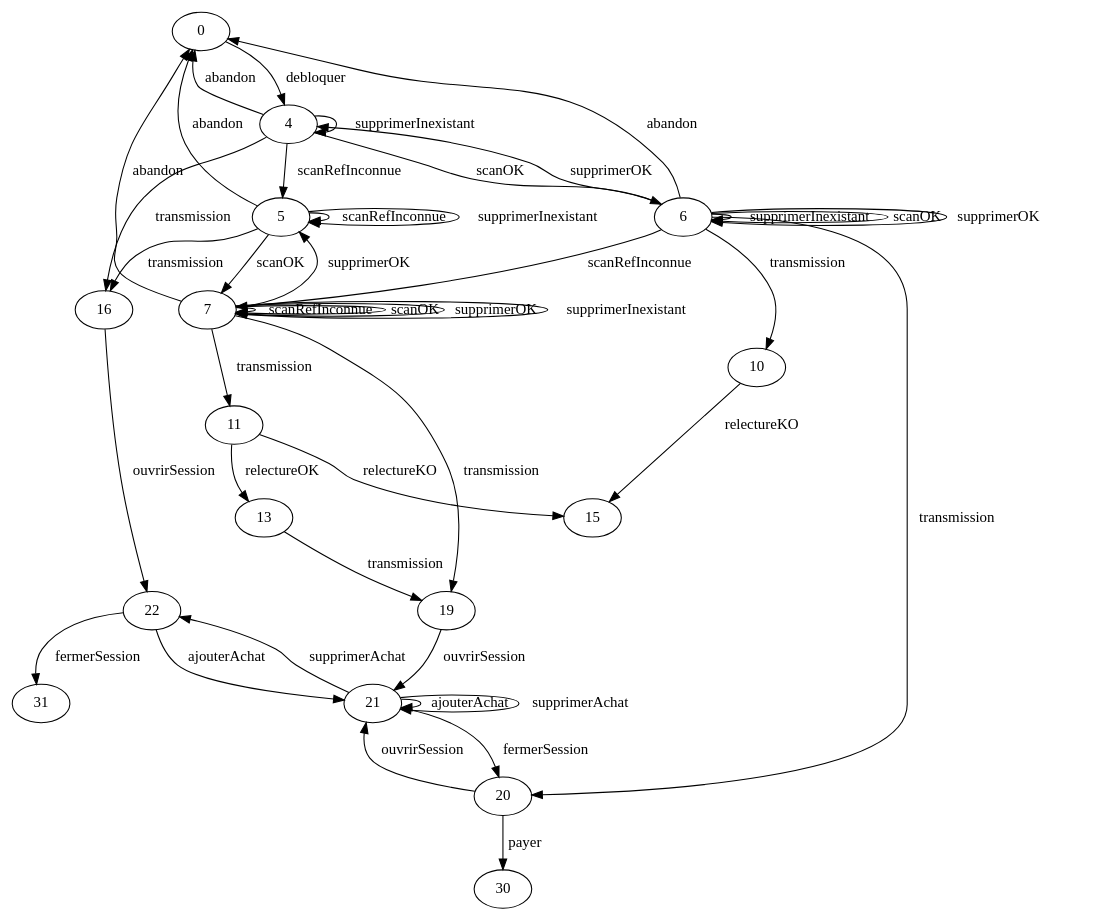
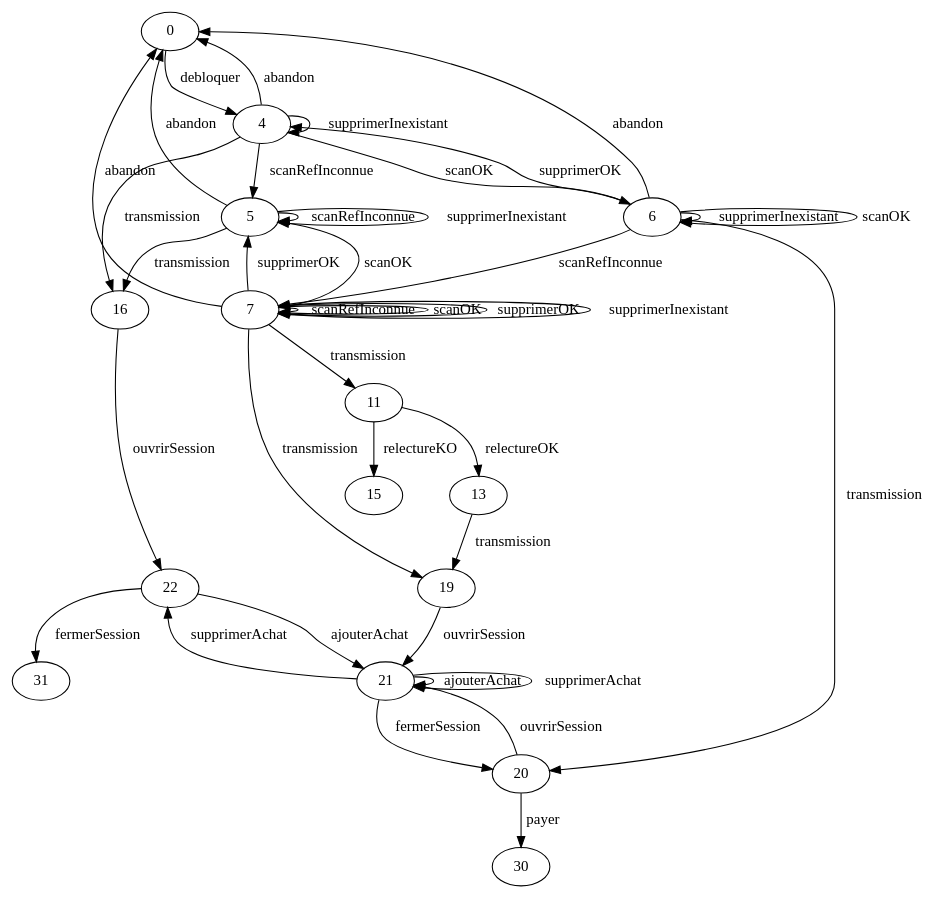
The diagram in graph.dot (timotheJeannot/projetSVN), drawn with Graphviz before and after one commit. The commit also changed 7 other files, not shown here.

```diff
--- a/graph.dot
+++ b/graph.dot
@@ -1,44 +1,41 @@
 digraph ScanetteFSM
 {
   "0" -> "4"  [label="debloquer"];
   "4" -> "4"  [label="supprimerInexistant"];
   "4" -> "5"  [label="scanRefInconnue"];
   "5" -> "7"  [label="scanOK"];
   "7" -> "0"  [label="abandon"];
   "4" -> "6"  [label="scanOK"];
   "4" -> "0"  [label="abandon"];
-  "6" -> "10"  [label="transmission"];
-  "10" -> "15"  [label="relectureKO"];
-  "4" -> "16"  [label="transmission"];
-  "16" -> "22"  [label="ouvrirSession"];
-  "22" -> "21"  [label="ajouterAchat"];
+  "6" -> "20"  [label="transmission"];
+  "20" -> "21"  [label="ouvrirSession"];
   "21" -> "22"  [label="supprimerAchat"];
   "22" -> "31"  [label="fermerSession"];
+  "7" -> "7"  [label="scanRefInconnue"];
   "6" -> "6"  [label="supprimerInexistant"];
   "6" -> "6"  [label="scanOK"];
   "6" -> "7"  [label="scanRefInconnue"];
-  "7" -> "7"  [label="scanRefInconnue"];
-  "7" -> "11"  [label="transmission"];
-  "11" -> "13"  [label="relectureOK"];
-  "13" -> "19"  [label="transmission"];
-  "21" -> "21"  [label="ajouterAchat"];
-  "21" -> "20"  [label="fermerSession"];
-  "20" -> "21"  [label="ouvrirSession"];
-  "21" -> "21"  [label="supprimerAchat"];
-  "7" -> "7"  [label="scanOK"];
   "7" -> "19"  [label="transmission"];
   "19" -> "21"  [label="ouvrirSession"];
+  "21" -> "20"  [label="fermerSession"];
   "20" -> "30"  [label="payer"];
+  "7" -> "7"  [label="scanOK"];
+  "7" -> "11"  [label="transmission"];
+  "11" -> "15"  [label="relectureKO"];
+  "21" -> "21"  [label="ajouterAchat"];
   "5" -> "16"  [label="transmission"];
+  "16" -> "22"  [label="ouvrirSession"];
   "5" -> "5"  [label="scanRefInconnue"];
+  "22" -> "21"  [label="ajouterAchat"];
+  "21" -> "21"  [label="supprimerAchat"];
   "7" -> "7"  [label="supprimerOK"];
   "6" -> "4"  [label="supprimerOK"];
   "5" -> "0"  [label="abandon"];
+  "4" -> "16"  [label="transmission"];
+  "11" -> "13"  [label="relectureOK"];
+  "13" -> "19"  [label="transmission"];
   "5" -> "5"  [label="supprimerInexistant"];
   "6" -> "0"  [label="abandon"];
   "7" -> "5"  [label="supprimerOK"];
-  "6" -> "20"  [label="transmission"];
   "7" -> "7"  [label="supprimerInexistant"];
-  "11" -> "15"  [label="relectureKO"];
-  "6" -> "6"  [label="supprimerOK"];
 }
```
